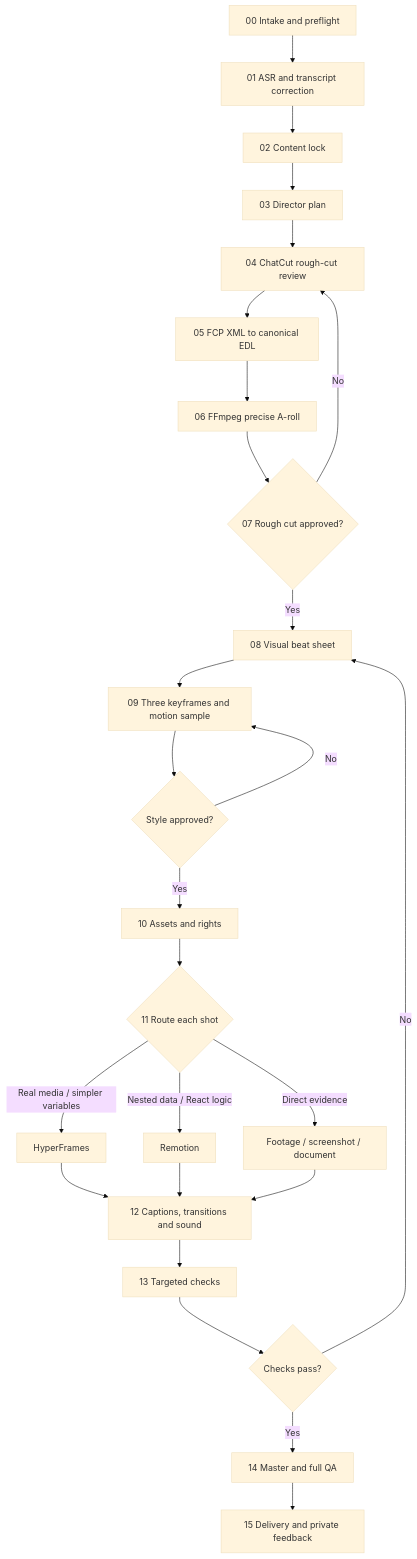
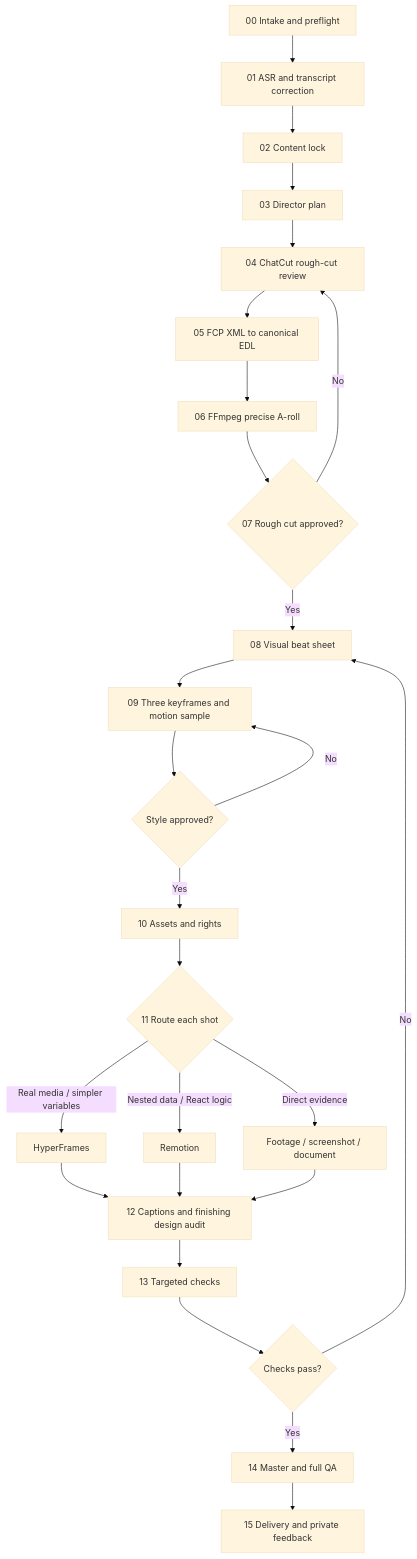
The diagram in skill/ai-video-director/references/workflow.md (yomage-ai/ai-video-director-skill), drawn with Mermaid (base theme) before and after one commit. The commit also changed other lines of this file and 9 other files, not shown here.

````diff
--- a/skill/ai-video-director/references/workflow.md
+++ b/skill/ai-video-director/references/workflow.md
@@ -16,28 +16,28 @@
 ```mermaid
 flowchart TD
   A["00 Intake and preflight"] --> B["01 ASR and transcript correction"]
   B --> C["02 Content lock"]
   C --> D["03 Director plan"]
   D --> E["04 ChatCut rough-cut review"]
   E --> F["05 FCP XML to canonical EDL"]
   F --> G["06 FFmpeg precise A-roll"]
   G --> H{"07 Rough cut approved?"}
   H -->|"No"| E
   H -->|"Yes"| I["08 Visual beat sheet"]
   I --> J["09 Three keyframes and motion sample"]
   J --> K{"Style approved?"}
   K -->|"No"| J
   K -->|"Yes"| L["10 Assets and rights"]
   L --> M{"11 Route each shot"}
   M -->|"Real media / simpler variables"| N["HyperFrames"]
   M -->|"Nested data / React logic"| O["Remotion"]
   M -->|"Direct evidence"| P["Footage / screenshot / document"]
-  N --> Q["12 Captions, transitions and sound"]
+  N --> Q["12 Captions and finishing design audit"]
   O --> Q
   P --> Q
   Q --> R["13 Targeted checks"]
   R --> S{"Checks pass?"}
   S -->|"No"| I
   S -->|"Yes"| T["14 Master and full QA"]
   T --> U["15 Delivery and private feedback"]
 ```
````
